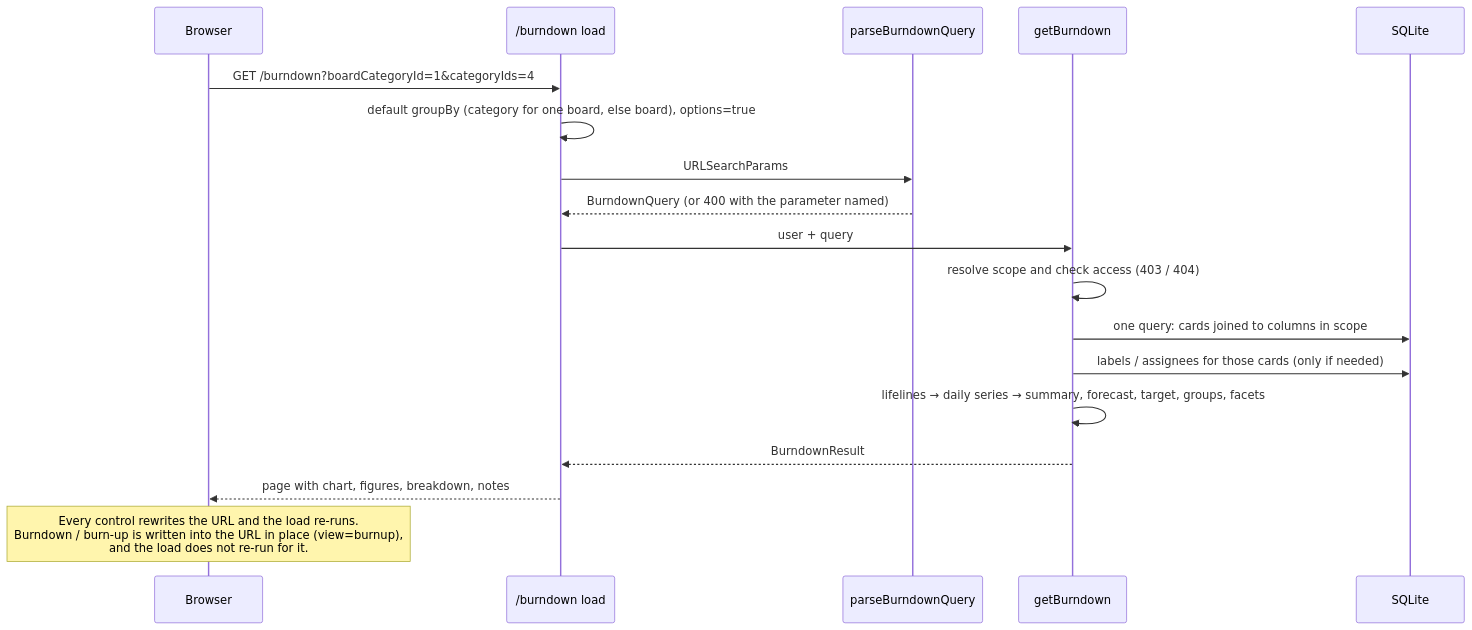
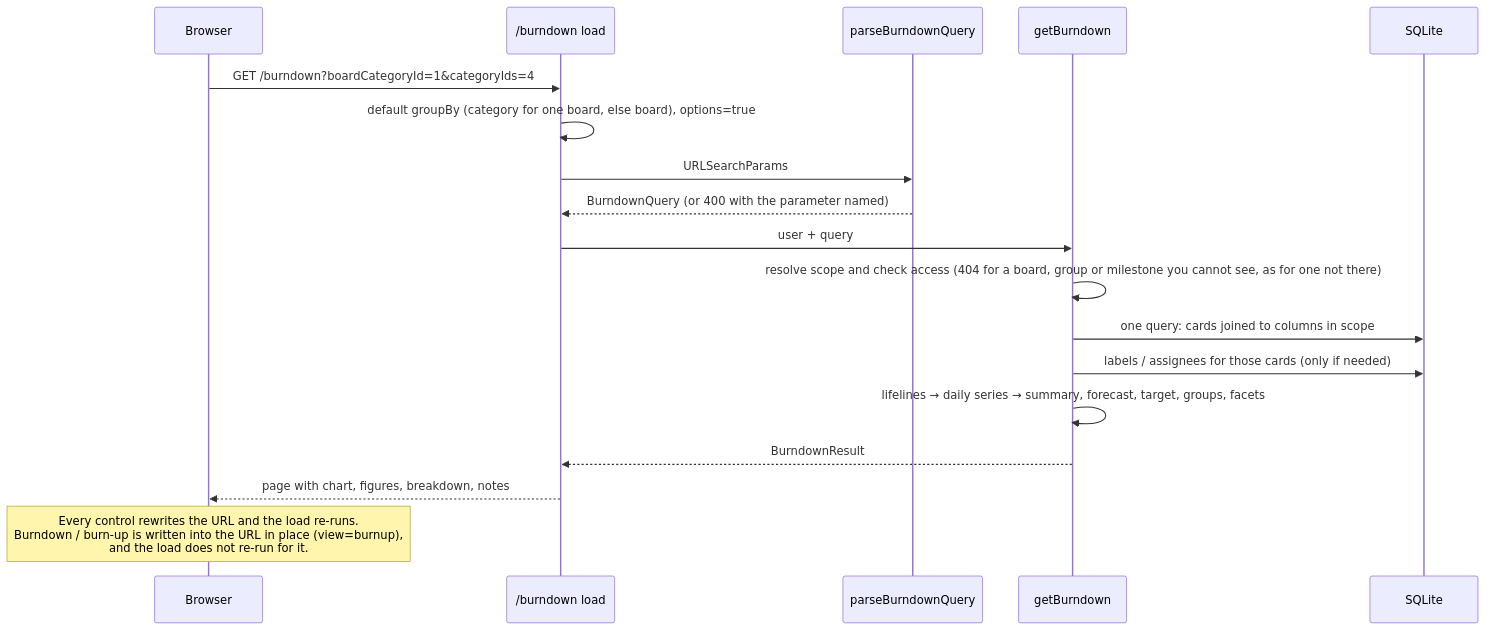
One commit to gitBoon/DumpFire changed the second of 8 diagrams in docs/burndown-charts.md. Above: the diagram before and after it, drawn with Mermaid. The commit also changed other lines of this file and 23 other files, not shown here.

````diff
--- a/docs/burndown-charts.md
+++ b/docs/burndown-charts.md
@@ -125,21 +127,21 @@
 ```mermaid
 sequenceDiagram
     participant U as Browser
     participant L as /burndown load
     participant P as parseBurndownQuery
     participant G as getBurndown
     participant DB as SQLite
 
     U->>L: GET /burndown?boardCategoryId=1&categoryIds=4
     L->>L: default groupBy (category for one board, else board), options=true
     L->>P: URLSearchParams
     P-->>L: BurndownQuery (or 400 with the parameter named)
     L->>G: user + query
-    G->>G: resolve scope and check access (403 / 404)
+    G->>G: resolve scope and check access (404 for a board, group or milestone you cannot see, as for one not there)
     G->>DB: one query: cards joined to columns in scope
     G->>DB: labels / assignees for those cards (only if needed)
     G->>G: lifelines → daily series → summary, forecast, target, groups, facets
     G-->>L: BurndownResult
     L-->>U: page with chart, figures, breakdown, notes
     Note over U: Every control rewrites the URL and the load re-runs.<br/>Burndown / burn-up is written into the URL in place (view=burnup),<br/>and the load does not re-run for it.
 ```
````
